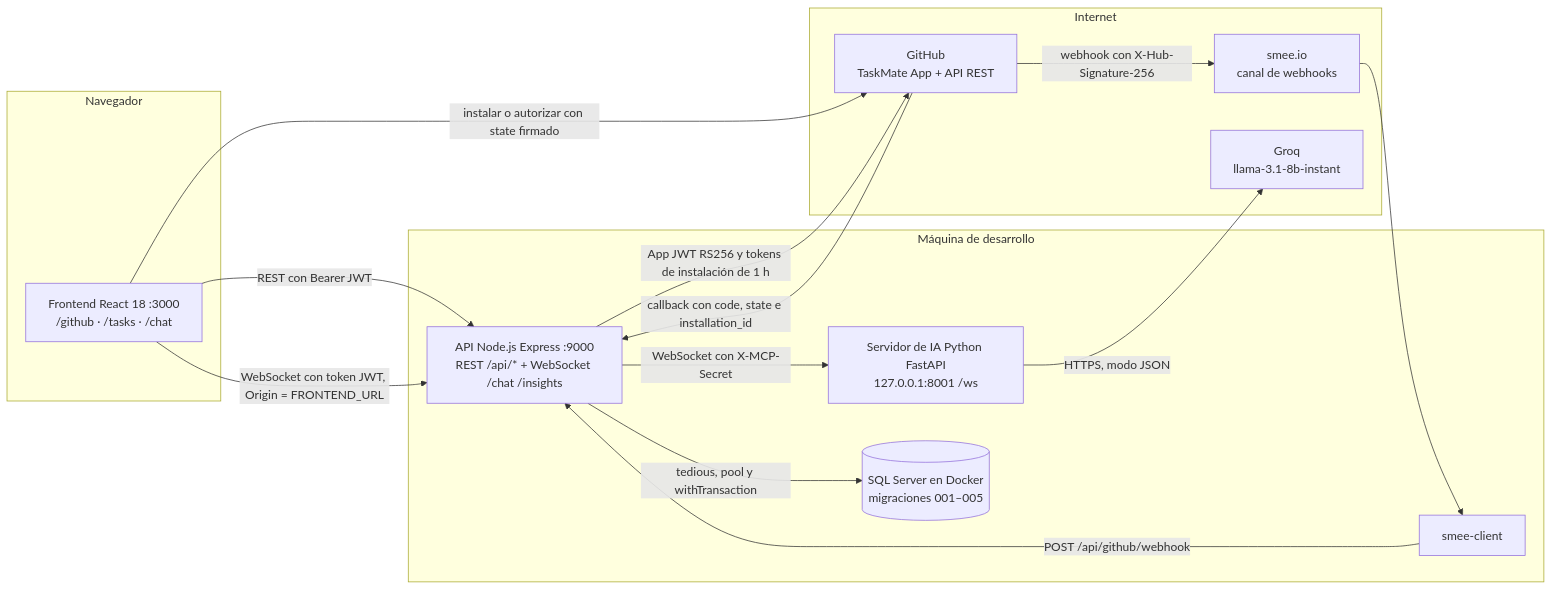
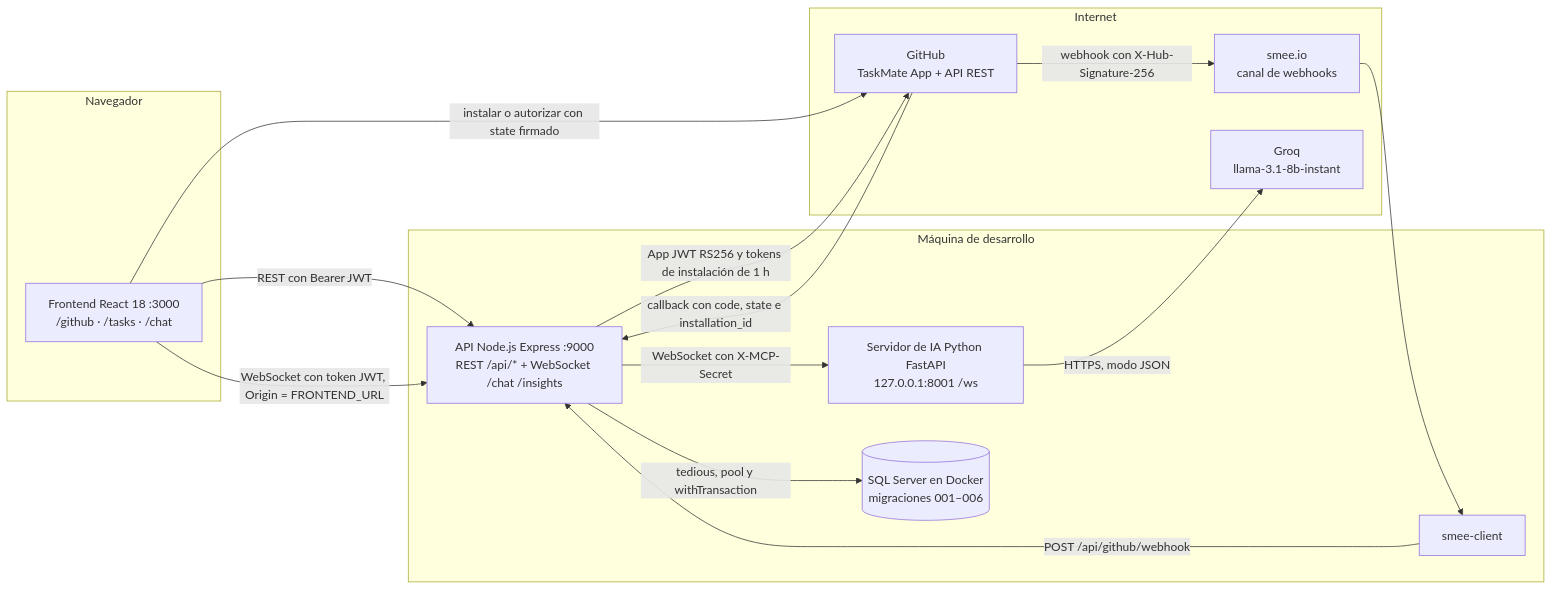
Before and after one commit to PabloP150/proyecto-is-cc6: the first of 5 diagrams in docs/fase-03-integracion-github/README.md, drawn with Mermaid. The commit also changed other lines of this file and 6 other files, not shown here.

````diff
--- a/docs/fase-03-integracion-github/README.md
+++ b/docs/fase-03-integracion-github/README.md
@@ -311,31 +311,31 @@
 ```mermaid
 flowchart LR
     subgraph NAV["Navegador"]
         FE["Frontend React 18 :3000<br/>/github · /tasks · /chat"]
     end
 
     subgraph LOCAL["Máquina de desarrollo"]
         API["API Node.js Express :9000<br/>REST /api/* + WebSocket /chat /insights"]
         PY["Servidor de IA Python FastAPI<br/>127.0.0.1:8001 /ws"]
-        DB[("SQL Server en Docker<br/>migraciones 001–005")]
+        DB[("SQL Server en Docker<br/>migraciones 001–006")]
         SC["smee-client"]
     end
 
     subgraph NUBE["Internet"]
         GH["GitHub<br/>TaskMate App + API REST"]
         SMEE["smee.io<br/>canal de webhooks"]
         GROQ["Groq<br/>llama-3.1-8b-instant"]
     end
 
     FE -->|"REST con Bearer JWT"| API
     FE -->|"WebSocket con token JWT, Origin = FRONTEND_URL"| API
     FE -->|"instalar o autorizar con state firmado"| GH
     GH -->|"callback con code, state e installation_id"| API
     API -->|"App JWT RS256 y tokens de instalación de 1 h"| GH
     GH -->|"webhook con X-Hub-Signature-256"| SMEE
     SMEE --> SC
     SC -->|"POST /api/github/webhook"| API
     API -->|"tedious, pool y withTransaction"| DB
     API -->|"WebSocket con X-MCP-Secret"| PY
     PY -->|"HTTPS, modo JSON"| GROQ
 ```
````
